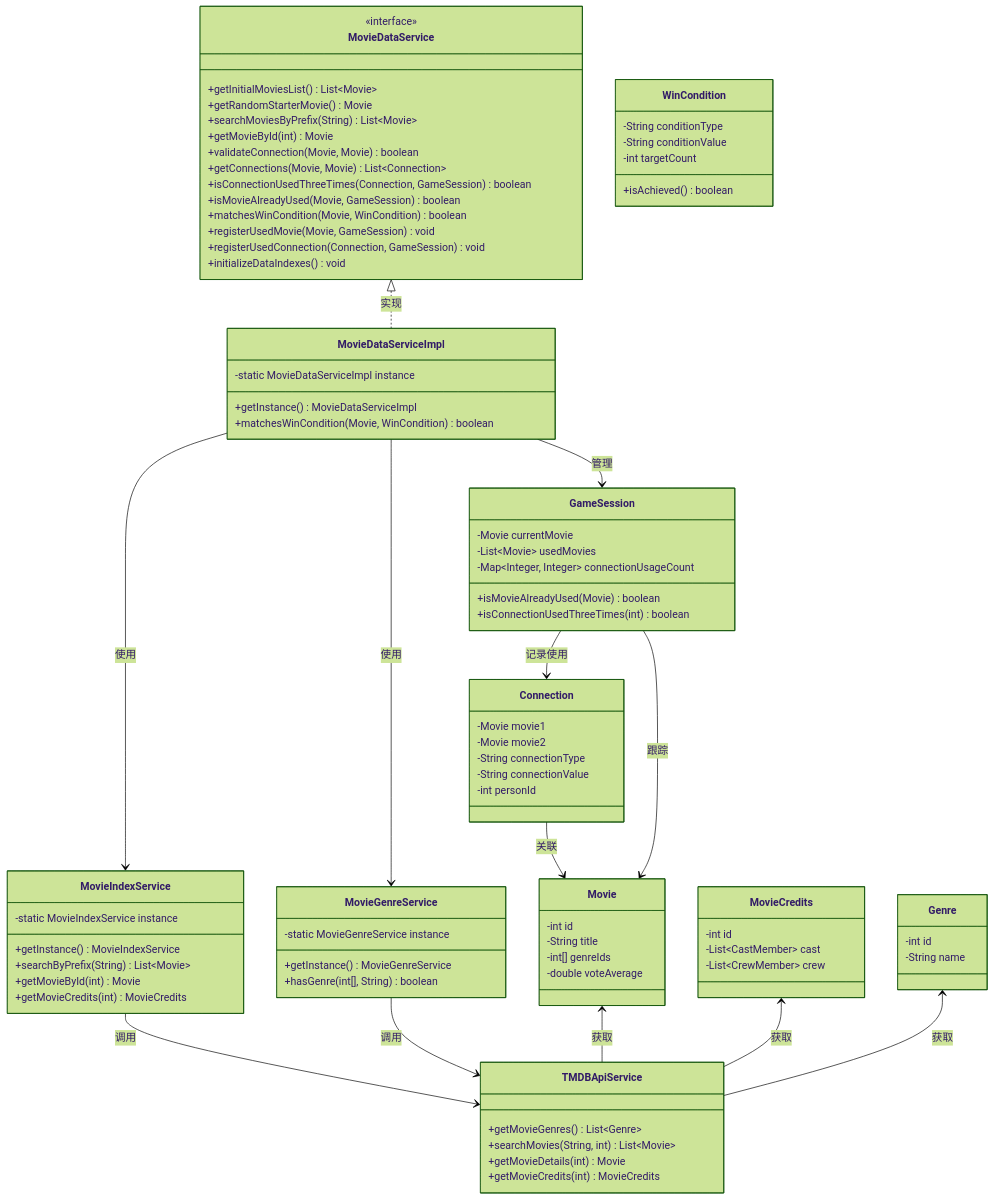
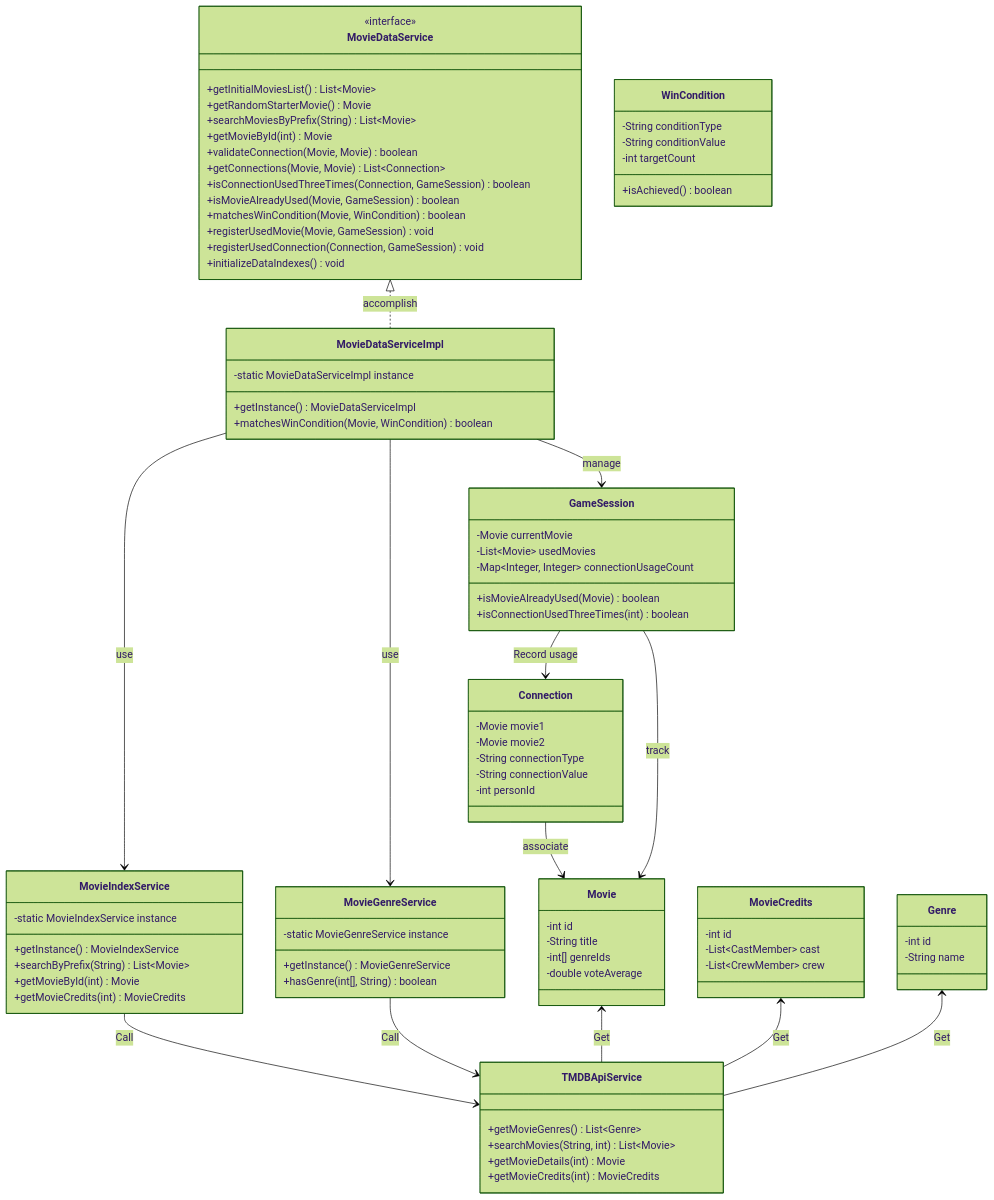
The diagram in README.md (aiyinyuedejustin/movie-battle-v2), drawn with Mermaid (forest theme) before and after one commit. The commit also changed other lines of this file, not shown here.

````diff
--- a/README.md
+++ b/README.md
@@ -121,6 +120,6 @@
 ```mermaid
 classDiagram
-    %% 核心服务接口
+    %% Core service interface
     class MovieDataService {
         <<interface>>
         +getInitialMoviesList() List~Movie~
@@ -137,7 +136,7 @@
         +initializeDataIndexes() void
     }
     
-    %% 主要服务实现
+    %% Main service implementation
     class MovieDataServiceImpl {
         -static MovieDataServiceImpl instance
         +getInstance() MovieDataServiceImpl
@@ -158,7 +157,7 @@
         +hasGenre(int[], String) boolean
     }
     
-    %% TMDB API服务
+    %% TMDB API Service
     class TMDBApiService {
         +getMovieGenres() List~Genre~
         +searchMovies(String, int) List~Movie~
@@ -166,7 +165,7 @@
         +getMovieCredits(int) MovieCredits
     }
     
-    %% 主要模型类
+    %% Main model class
     class Movie {
         -int id
         -String title
@@ -185,7 +184,7 @@
         -String name
     }
     
-    %% 游戏核心模型
+    %% Game core model
     class GameSession {
         -Movie currentMovie
         -List~Movie~ usedMovies
@@ -209,21 +208,21 @@
         +isAchieved() boolean
     }
 
-    %% 核心关系
-    MovieDataService <|.. MovieDataServiceImpl : 实现
+    %% Core Relationships
+    MovieDataService <|.. MovieDataServiceImpl : accomplish
     
-    MovieDataServiceImpl --> MovieIndexService : 使用
-    MovieDataServiceImpl --> MovieGenreService : 使用
-    MovieDataServiceImpl --> GameSession : 管理
+    MovieDataServiceImpl --> MovieIndexService : use
+    MovieDataServiceImpl --> MovieGenreService : use
+    MovieDataServiceImpl --> GameSession : manage
     
-    MovieIndexService --> TMDBApiService : 调用
-    MovieGenreService --> TMDBApiService : 调用
+    MovieIndexService --> TMDBApiService : Call
+    MovieGenreService --> TMDBApiService : Call
     
-    Movie <-- TMDBApiService : 获取
-    MovieCredits <-- TMDBApiService : 获取
-    Genre <-- TMDBApiService : 获取
+    Movie <-- TMDBApiService : Get
+    MovieCredits <-- TMDBApiService : Get
+    Genre <-- TMDBApiService : Get
     
-    Connection --> Movie : 关联
-    GameSession --> Movie : 跟踪
-    GameSession --> Connection : 记录使用
+    Connection --> Movie : associate
+    GameSession --> Movie : track
+    GameSession --> Connection : Record usage
 ``` 
````
